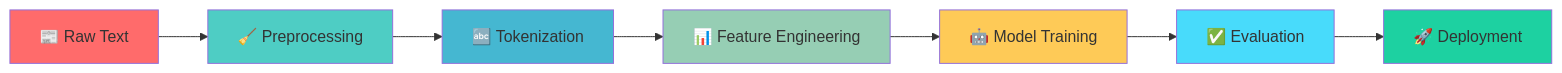
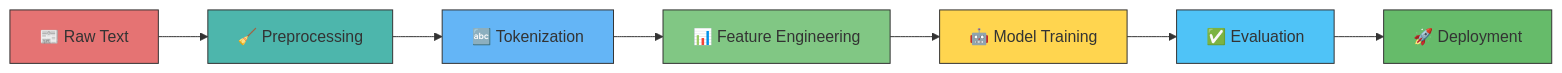
The diagram in README.md (24pwai0032-gif/News-Category-Classification-Pipeline), drawn with Mermaid before and after one commit. The commit also changed other lines of this file, not shown here.

````diff
--- a/README.md
+++ b/README.md
@@ -185,17 +185,18 @@
 ```mermaid
 graph LR
     A[📰 Raw Text] --> B[🧹 Preprocessing]
     B --> C[🔤 Tokenization]
     C --> D[📊 Feature Engineering]
     D --> E[🤖 Model Training]
     E --> F[✅ Evaluation]
     F --> G[🚀 Deployment]
     
-    style A fill:#ff6b6b
-    style B fill:#4ecdc4
-    style C fill:#45b7d1
-    style D fill:#96ceb4
-    style E fill:#feca57
-    style F fill:#48dbfb
-    style G fill:#1dd1a1
+  style A fill:#e57373,stroke:#333,stroke-width:1px
+style B fill:#4db6ac,stroke:#333,stroke-width:1px
+style C fill:#64b5f6,stroke:#333,stroke-width:1px
+style D fill:#81c784,stroke:#333,stroke-width:1px
+style E fill:#ffd54f,stroke:#333,stroke-width:1px
+style F fill:#4fc3f7,stroke:#333,stroke-width:1px
+style G fill:#66bb6a,stroke:#333,stroke-width:1px
+
 ```
````
